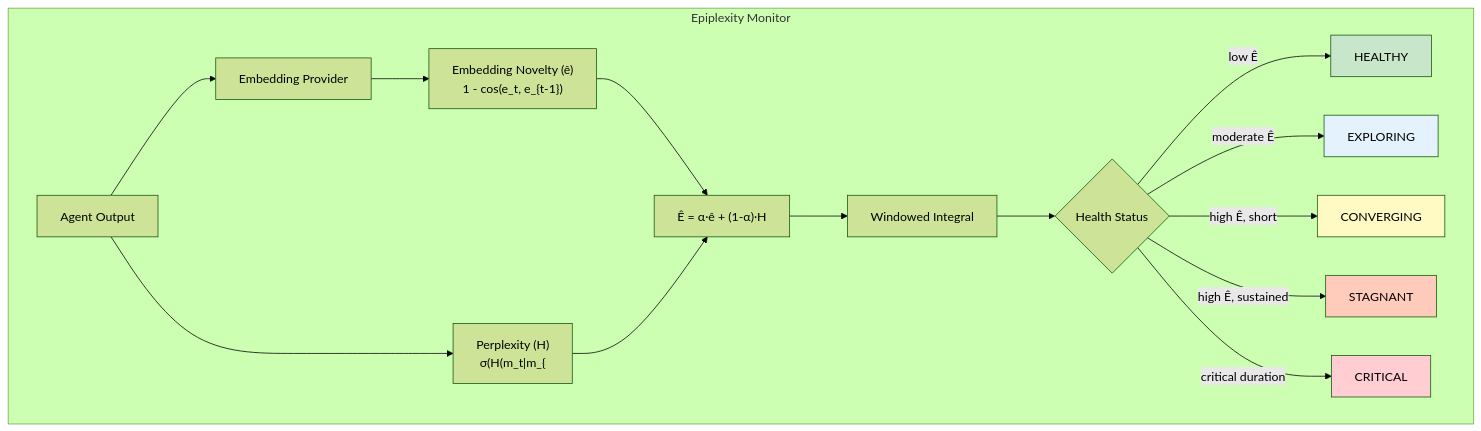
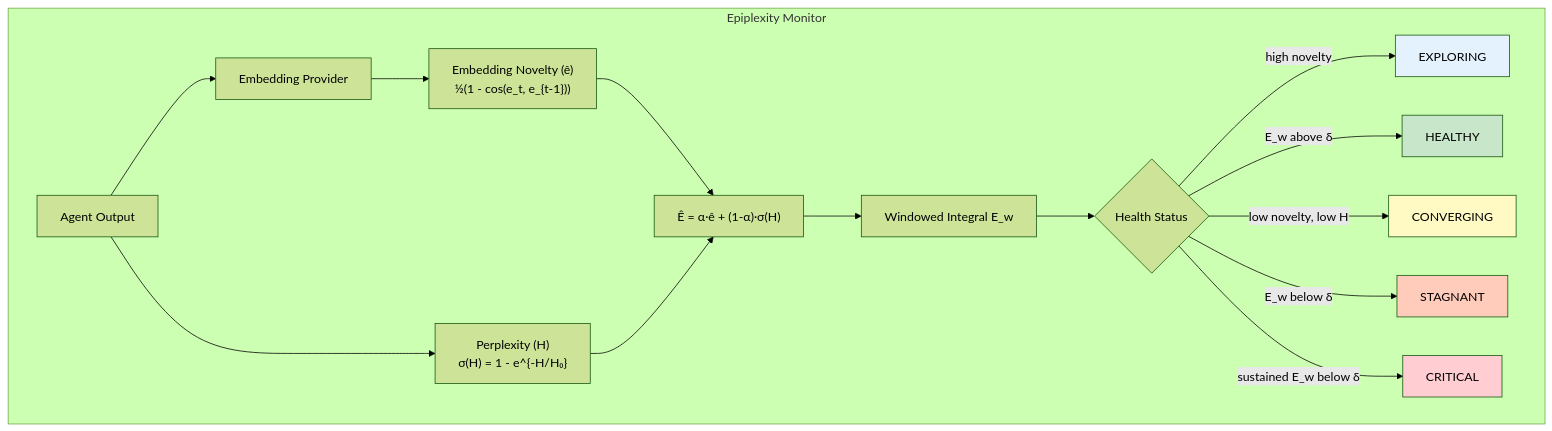
One commit to coredipper/operon changed the first of 2 diagrams in examples/wiring_diagrams/example40_epiplexity_monitoring.md. Above: the diagram before and after it, drawn with Mermaid (forest theme). The commit also changed other lines of this file and 16 other files, not shown here.

````diff
--- a/examples/wiring_diagrams/example40_epiplexity_monitoring.md
+++ b/examples/wiring_diagrams/example40_epiplexity_monitoring.md
@@ -7,23 +7,23 @@
 ```mermaid
 flowchart TB
     subgraph Monitor["Epiplexity Monitor"]
         input[Agent Output] --> embed[Embedding Provider]
-        embed --> novelty["Embedding Novelty (ê)<br/>1 - cos(e_t, e_{t-1})"]
-        input --> perplexity["Perplexity (H)<br/>σ(H(m_t|m_{<t}))"]
-        novelty --> combine["Ê = α·ê + (1-α)·H"]
+        embed --> novelty["Embedding Novelty (ê)<br/>½(1 - cos(e_t, e_{t-1}))"]
+        input --> perplexity["Perplexity (H)<br/>σ(H) = 1 - e^{-H/H₀}"]
+        novelty --> combine["Ê = α·ê + (1-α)·σ(H)"]
         perplexity --> combine
-        combine --> window[Windowed Integral]
+        combine --> window[Windowed Integral E_w]
         window --> status{Health Status}
-        status -->|low Ê| healthy[HEALTHY]
-        status -->|moderate Ê| exploring[EXPLORING]
-        status -->|high Ê, short| converging[CONVERGING]
-        status -->|high Ê, sustained| stagnant[STAGNANT]
-        status -->|critical duration| critical[CRITICAL]
+        status -->|high novelty| exploring[EXPLORING]
+        status -->|E_w above δ| healthy[HEALTHY]
+        status -->|low novelty, low H| converging[CONVERGING]
+        status -->|E_w below δ| stagnant[STAGNANT]
+        status -->|sustained E_w below δ| critical[CRITICAL]
     end
 
     style healthy fill:#c8e6c9
     style exploring fill:#e3f2fd
     style converging fill:#fff9c4
     style stagnant fill:#ffccbc
     style critical fill:#ffcdd2
 ```
````
